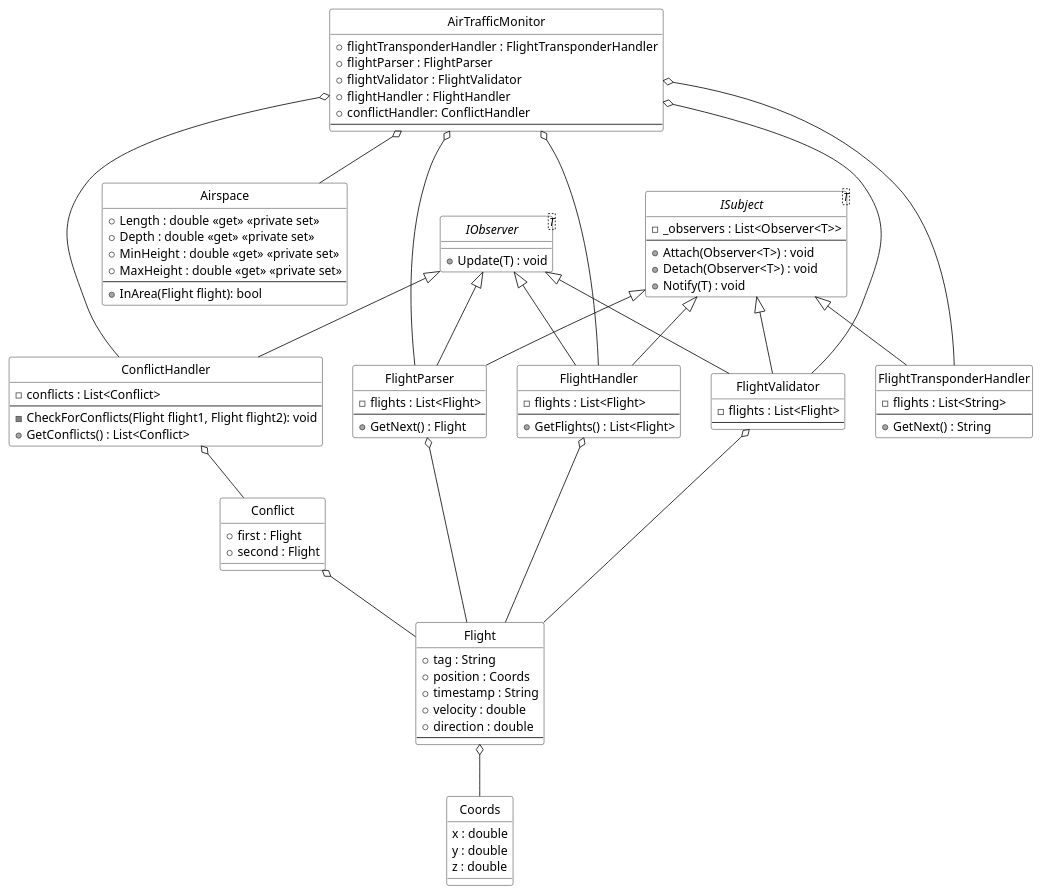
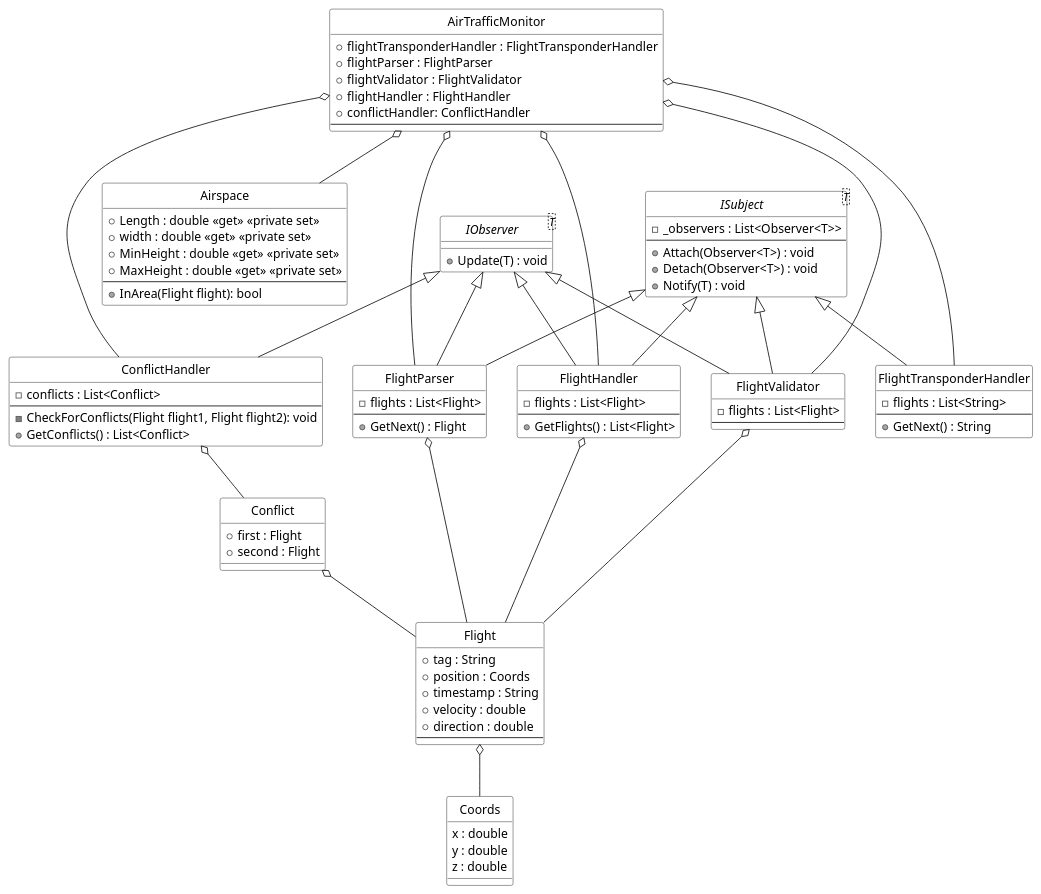
The diagram in class-diagram.plantuml (TeamSWT7/02-AirTrafficMonitoring), drawn with PlantUML before and after one commit. The commit also changed 1 other file, not shown here.

Commit message:
update class diagram with witdh and adding Airspace

```diff
--- a/class-diagram.plantuml
+++ b/class-diagram.plantuml
@@ -1,110 +1,110 @@
 @startuml
 
 skinparam shadowing false
 skinparam monochrome true
 skinparam backgroundColor transparent
 skinparam classBackgroundColor transparent
 skinparam style strictuml
 'skinparam linetype ortho
 
 class AirTrafficMonitor {
     + flightTransponderHandler : FlightTransponderHandler
     + flightParser : FlightParser
     + flightValidator : FlightValidator
     + flightHandler : FlightHandler
     + conflictHandler: ConflictHandler
     --
 }
 AirTrafficMonitor o--- FlightTransponderHandler
 AirTrafficMonitor o--- FlightParser
 AirTrafficMonitor o--- FlightValidator
 AirTrafficMonitor o--- FlightHandler
 AirTrafficMonitor o--- ConflictHandler
 AirTrafficMonitor o-- Airspace
 
 interface IObserver<T> {
     + Update(T) : void
 }
 interface ISubject<T> {
     - _observers : List<Observer<T>>
     --
     + Attach(Observer<T>) : void
     + Detach(Observer<T>) : void
     + Notify(T) : void
 }
 
 
 
 class Coords {
     x : double
     y : double
     z : double
 }
 class Flight {
     + tag : String
     + position : Coords
     + timestamp : String
     + velocity : double
     + direction : double
     --
 }
 Flight o-- Coords
 
 class Airspace {
     + Length : double <<get>> <<private set>>
-    + Depth : double <<get>> <<private set>>
+    + width : double <<get>> <<private set>>
     + MinHeight : double <<get>> <<private set>>
     + MaxHeight : double <<get>> <<private set>>
     --
     + InArea(Flight flight): bool
 }
 
 class FlightTransponderHandler {
     - flights : List<String>
     --
     + GetNext() : String
 }
 ISubject <|-- FlightTransponderHandler
 
 class FlightParser {
     - flights : List<Flight>
     --
     + GetNext() : Flight
 }
 ISubject <|-- FlightParser
 IObserver <|-- FlightParser
 FlightParser o-- Flight
 
 class FlightValidator {
     - flights : List<Flight>
     --
 }
 ISubject <|-- FlightValidator
 IObserver <|-- FlightValidator
 FlightValidator o-- Flight
 
 class FlightHandler {
     - flights : List<Flight>
     --
     + GetFlights() : List<Flight>
 }
 ISubject <|-- FlightHandler
 IObserver <|-- FlightHandler
 FlightHandler o-- Flight
 
 class ConflictHandler {
     - conflicts : List<Conflict>
     --
     - CheckForConflicts(Flight flight1, Flight flight2): void
     + GetConflicts() : List<Conflict>
 }
 IObserver <|-- ConflictHandler
 
 class Conflict {
     + first : Flight
     + second : Flight
 }
 ConflictHandler o-- Conflict
 Conflict o-- Flight
 
 @enduml
```
